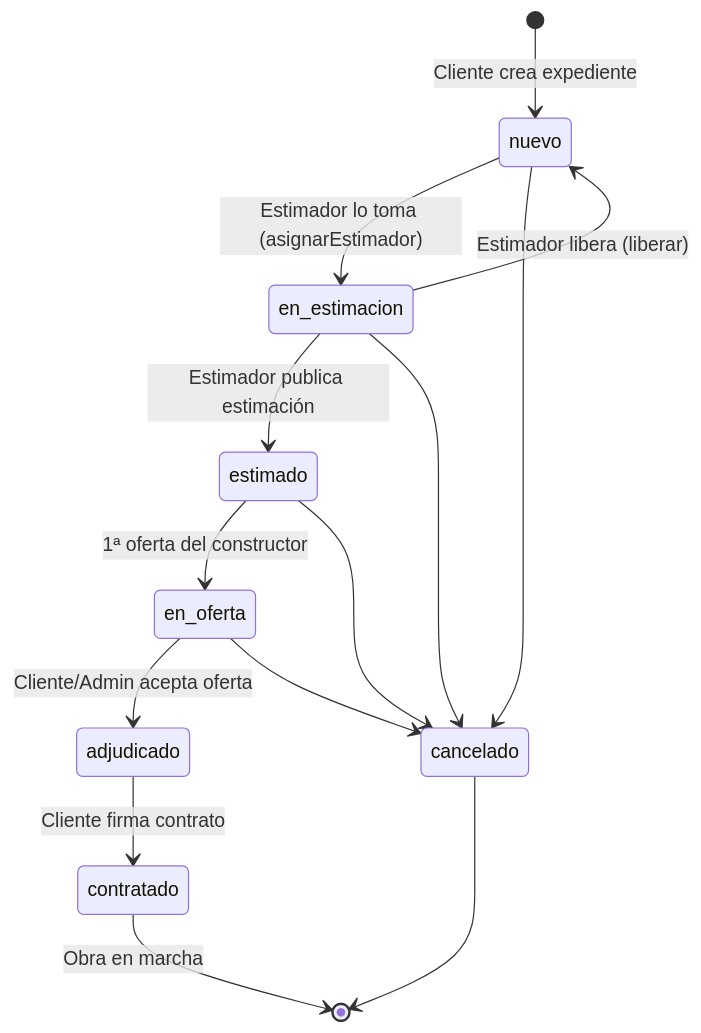
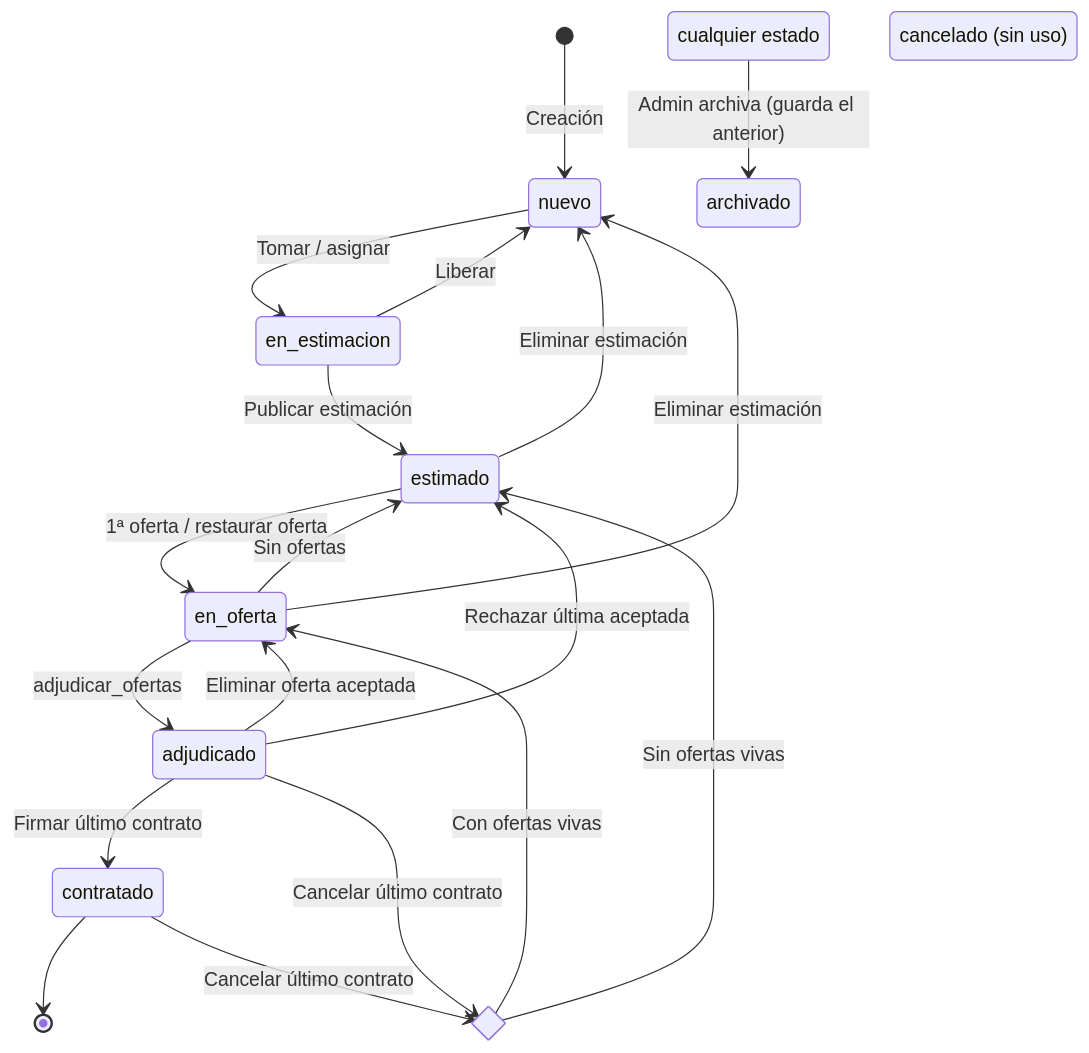
Before and after one commit to mynhar/Estimation3D: the second of 5 diagrams in docs/FLUJO_PROCESO.md, drawn with Mermaid. The commit also changed other lines of this file and 121 other files, not shown here.

````diff
--- a/docs/FLUJO_PROCESO.md
+++ b/docs/FLUJO_PROCESO.md
@@ -70,17 +99,27 @@
 ```mermaid
 stateDiagram-v2
-    [*] --> nuevo: Cliente crea expediente
-    nuevo --> en_estimacion: Estimador lo toma (asignarEstimador)
-    en_estimacion --> nuevo: Estimador libera (liberar)
-    en_estimacion --> estimado: Estimador publica estimación
-    estimado --> en_oferta: 1ª oferta del constructor
-    en_oferta --> adjudicado: Cliente/Admin acepta oferta
-    adjudicado --> contratado: Cliente firma contrato
-    contratado --> [*]: Obra en marcha
+    [*] --> nuevo: Creación
+    nuevo --> en_estimacion: Tomar / asignar
+    en_estimacion --> nuevo: Liberar
+    en_estimacion --> estimado: Publicar estimación
+    estimado --> nuevo: Eliminar estimación
+    en_oferta --> nuevo: Eliminar estimación
+    estimado --> en_oferta: 1ª oferta / restaurar oferta
+    en_oferta --> estimado: Sin ofertas
+    en_oferta --> adjudicado: adjudicar_ofertas
+    adjudicado --> estimado: Rechazar última aceptada
+    adjudicado --> en_oferta: Eliminar oferta aceptada
+    adjudicado --> contratado: Firmar último contrato
+    contratado --> [*]
 
-    nuevo --> cancelado
-    en_estimacion --> cancelado
-    estimado --> cancelado
-    en_oferta --> cancelado
-    cancelado --> [*]
+    state tras_cancelar <<choice>>
+    adjudicado --> tras_cancelar: Cancelar último contrato
+    contratado --> tras_cancelar: Cancelar último contrato
+    tras_cancelar --> en_oferta: Con ofertas vivas
+    tras_cancelar --> estimado: Sin ofertas vivas
+
+    state "cualquier estado" as exp_cualquiera
+    exp_cualquiera --> archivado: Admin archiva (guarda el anterior)
+
+    cancelado: cancelado (sin uso)
 ```
````
